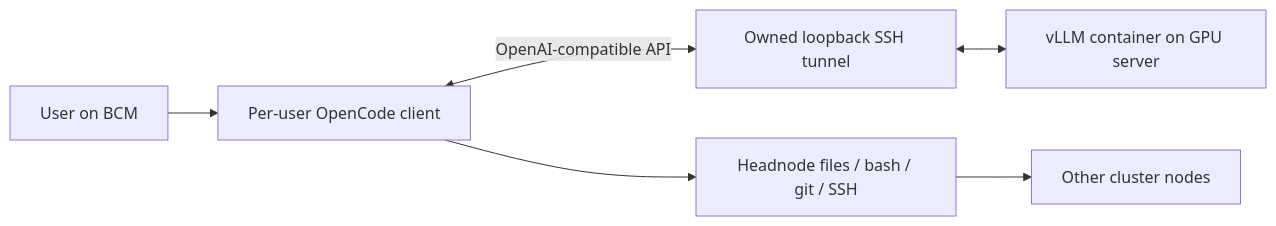
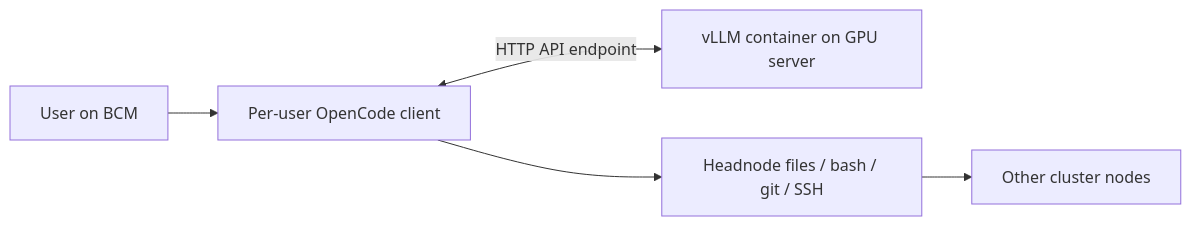
The diagram in README.en.md (junli-nv/local-ai), drawn with Mermaid before and after one commit. The commit also changed other lines of this file and 21 other files, not shown here.

Commit message:
refactor: 统一 API 端点连接并移除 SSH 隧道与 doctor

````diff
--- a/README.en.md
+++ b/README.en.md
@@ -15,8 +15,7 @@
 ```mermaid
 flowchart LR
     User[User on BCM] --> Client[Per-user OpenCode client]
-    Client <-->|OpenAI-compatible API| Tunnel[Owned loopback SSH tunnel]
-    Tunnel <--> GPU[vLLM container on GPU server]
+    Client <-->|HTTP API endpoint| GPU[vLLM container on GPU server]
     Client --> Tools[Headnode files / bash / git / SSH]
     Tools --> Nodes[Other cluster nodes]
 ```
````
